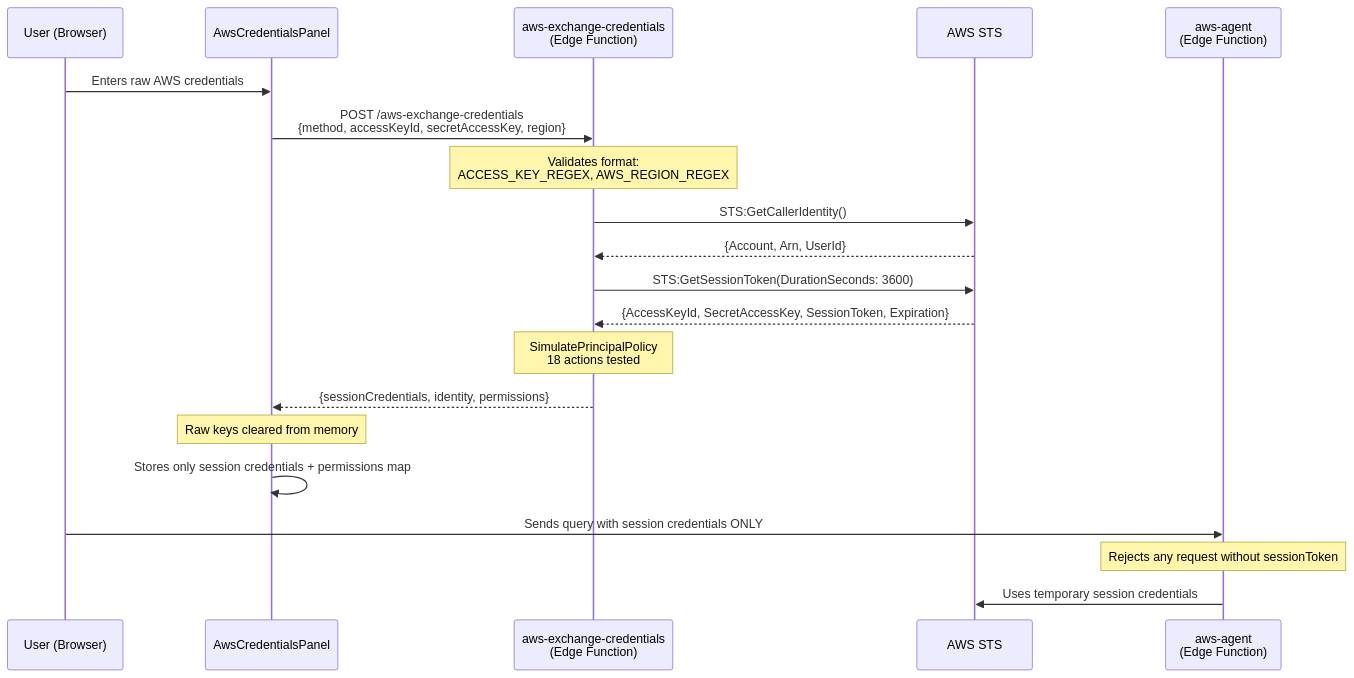
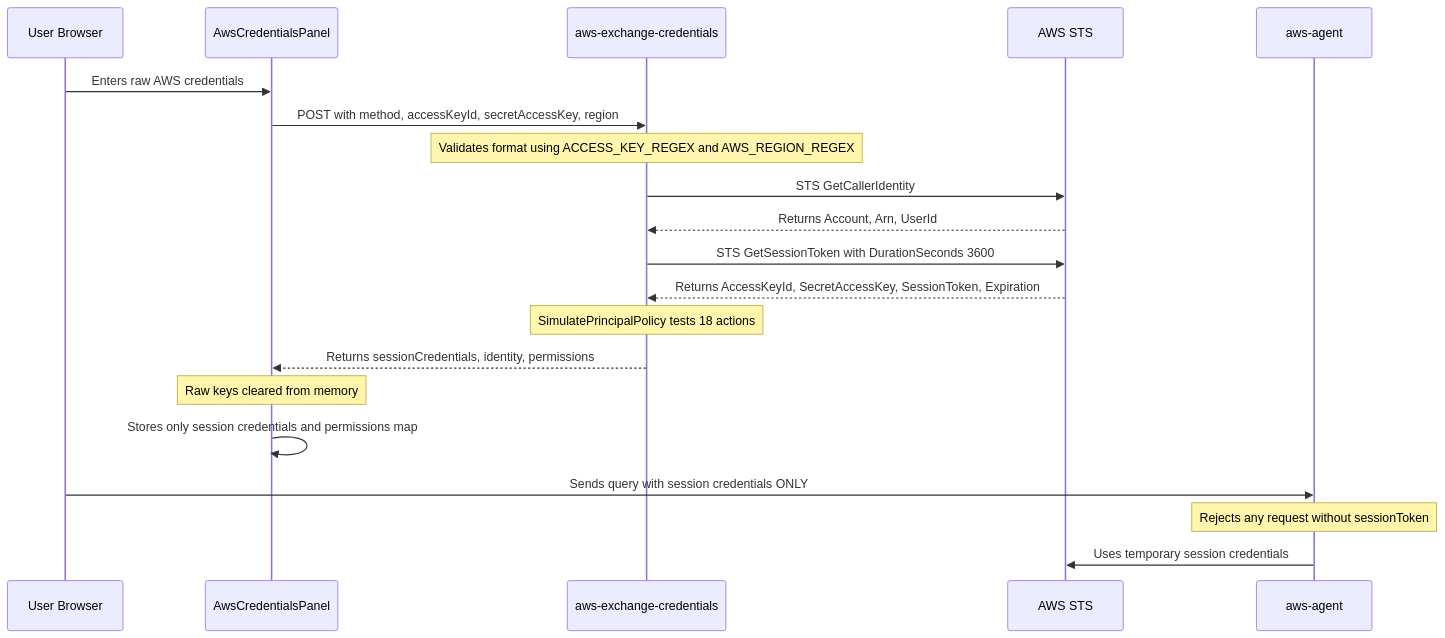
Before and after one commit to ritvikindupuri/aws-ai-agent: the fifth of 23 diagrams in TECHNICAL_DOCUMENTATION.md, drawn with Mermaid. The commit also changed other lines of this file, not shown here.

Commit message:
Updated README and docs diagrams

````diff
--- a/TECHNICAL_DOCUMENTATION.md
+++ b/TECHNICAL_DOCUMENTATION.md
@@ -385,28 +385,28 @@
 ```mermaid
 sequenceDiagram
-    participant User as User (Browser)
+    participant User as User Browser
     participant Panel as AwsCredentialsPanel
-    participant Exchange as aws-exchange-credentials<br/>(Edge Function)
+    participant Exchange as aws-exchange-credentials
     participant STS as AWS STS
-    participant Agent as aws-agent<br/>(Edge Function)
+    participant Agent as aws-agent
 
     User->>Panel: Enters raw AWS credentials
-    Panel->>Exchange: POST /aws-exchange-credentials<br/>{method, accessKeyId, secretAccessKey, region}
+    Panel->>Exchange: POST with method, accessKeyId, secretAccessKey, region
 
-    Note over Exchange: Validates format:<br/>ACCESS_KEY_REGEX, AWS_REGION_REGEX
+    Note over Exchange: Validates format using ACCESS_KEY_REGEX and AWS_REGION_REGEX
 
-    Exchange->>STS: STS:GetCallerIdentity()
-    STS-->>Exchange: {Account, Arn, UserId}
-    Exchange->>STS: STS:GetSessionToken(DurationSeconds: 3600)
-    STS-->>Exchange: {AccessKeyId, SecretAccessKey, SessionToken, Expiration}
+    Exchange->>STS: STS GetCallerIdentity
+    STS-->>Exchange: Returns Account, Arn, UserId
+    Exchange->>STS: STS GetSessionToken with DurationSeconds 3600
+    STS-->>Exchange: Returns AccessKeyId, SecretAccessKey, SessionToken, Expiration
 
-    Note over Exchange: SimulatePrincipalPolicy<br/>18 actions tested
+    Note over Exchange: SimulatePrincipalPolicy tests 18 actions
 
-    Exchange-->>Panel: {sessionCredentials, identity, permissions}
+    Exchange-->>Panel: Returns sessionCredentials, identity, permissions
     Note over Panel: Raw keys cleared from memory
-    Panel->>Panel: Stores only session credentials + permissions map
+    Panel->>Panel: Stores only session credentials and permissions map
 
     User->>Agent: Sends query with session credentials ONLY
     Note over Agent: Rejects any request without sessionToken
     Agent->>STS: Uses temporary session credentials
 ```
````
